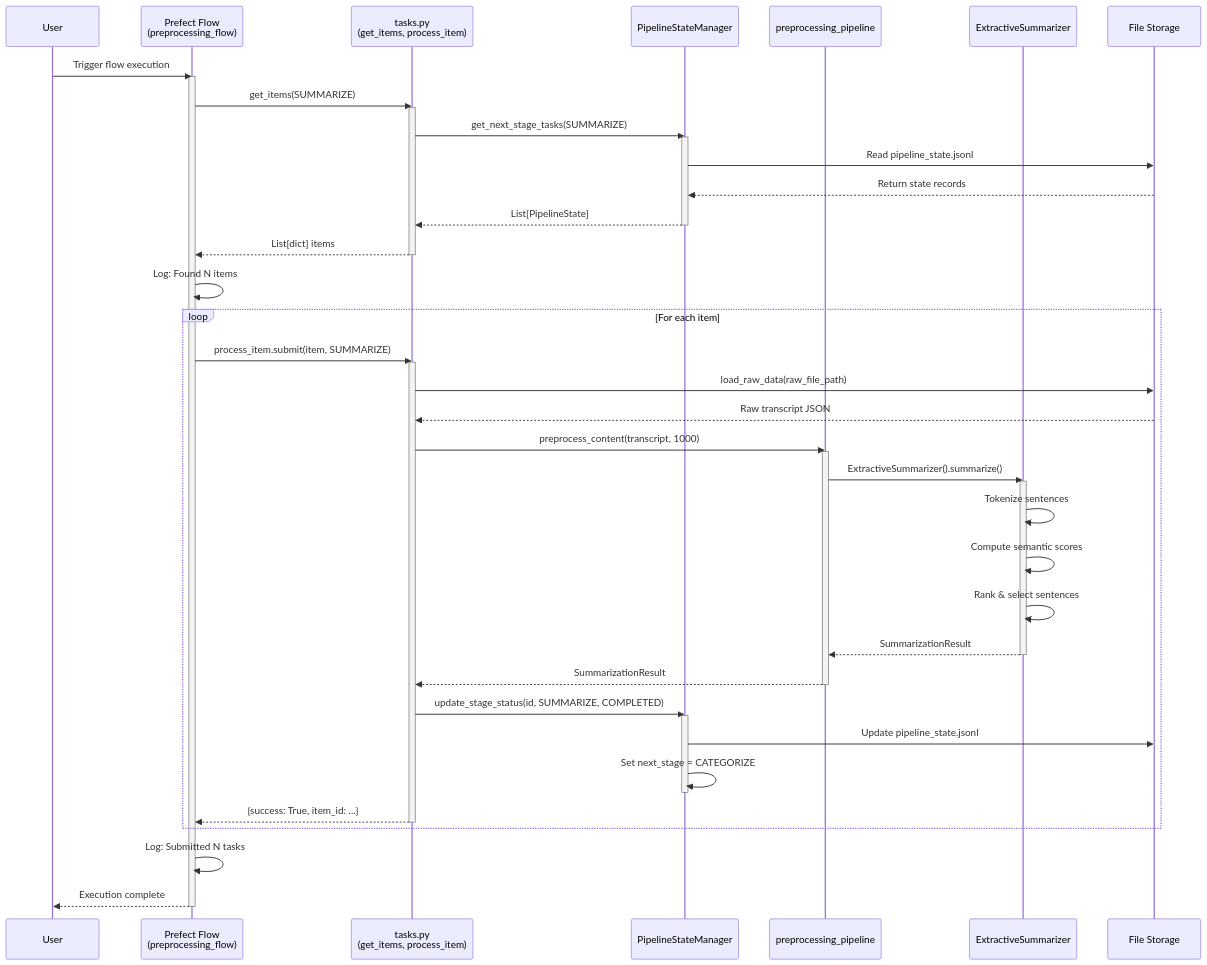
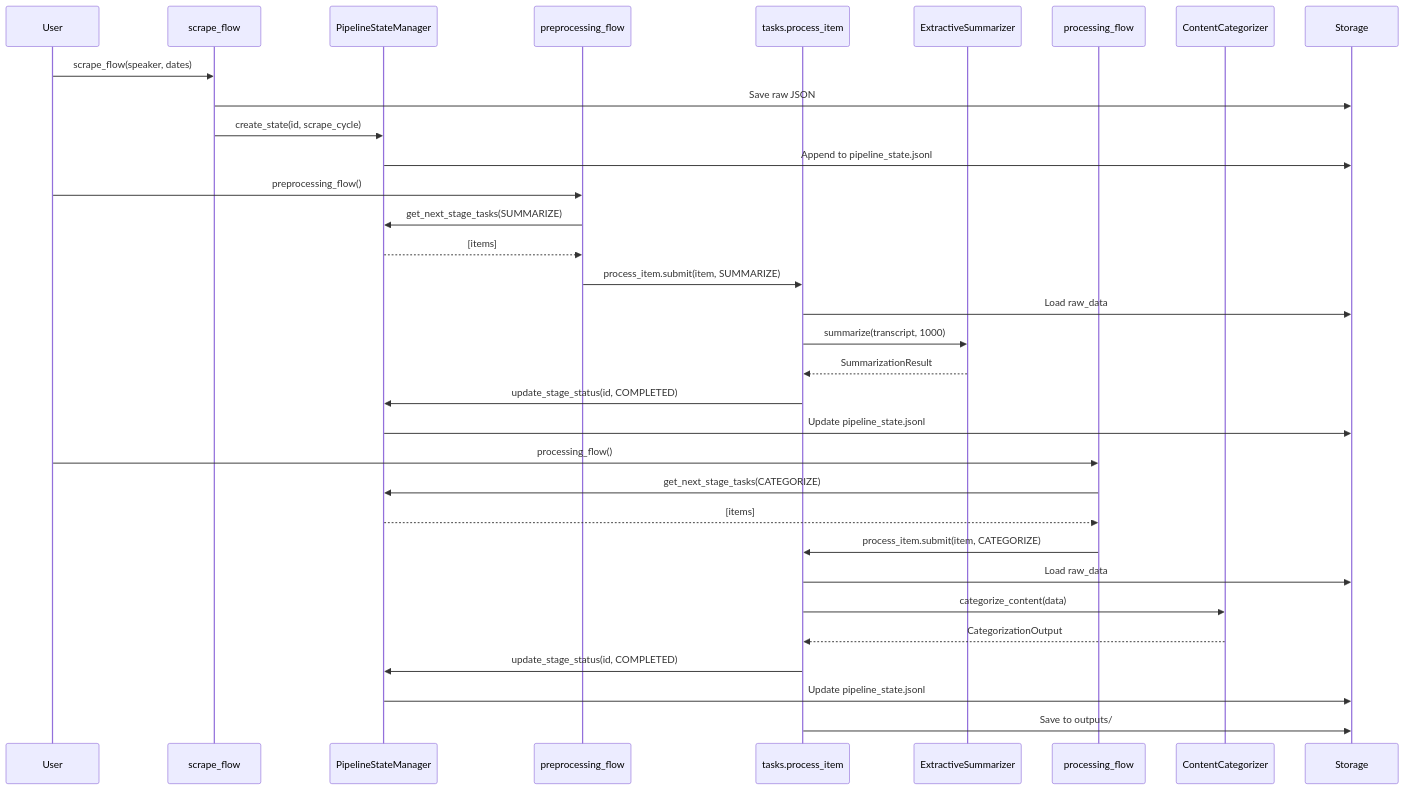
The fourth of 4 diagrams in documentation/architecture.md (dmitriyratu/DiscourseKG), drawn with Mermaid before and after one commit. The commit also changed other lines of this file and 1 other file, not shown here.

First line of the commit message:
refactor: streamline architecture documentation rules and remove outdated sections

````diff
--- a/documentation/architecture.md
+++ b/documentation/architecture.md
@@ -245,59 +193,38 @@
 ```mermaid
 sequenceDiagram
     participant User
-    participant Flow as Prefect Flow<br/>(preprocessing_flow)
-    participant Tasks as tasks.py<br/>(get_items, process_item)
+    participant SF as scrape_flow
     participant PSM as PipelineStateManager
-    participant Pipeline as preprocessing_pipeline
-    participant Component as ExtractiveSummarizer
-    participant Storage as File Storage
+    participant PF as preprocessing_flow
+    participant T as tasks.process_item
+    participant ES as ExtractiveSummarizer
+    participant CF as processing_flow
+    participant CC as ContentCategorizer
+    participant Storage
     
-    User->>Flow: Trigger flow execution
-    activate Flow
+    User->>SF: scrape_flow(speaker, dates)
+    SF->>Storage: Save raw JSON
+    SF->>PSM: create_state(id, scrape_cycle)
+    PSM->>Storage: Append to pipeline_state.jsonl
     
-    Flow->>Tasks: get_items(SUMMARIZE)
-    activate Tasks
-    Tasks->>PSM: get_next_stage_tasks(SUMMARIZE)
-    activate PSM
-    PSM->>Storage: Read pipeline_state.jsonl
-    Storage-->>PSM: Return state records
-    PSM-->>Tasks: List[PipelineState]
-    deactivate PSM
-    Tasks-->>Flow: List[dict] items
-    deactivate Tasks
+    User->>PF: preprocessing_flow()
+    PF->>PSM: get_next_stage_tasks(SUMMARIZE)
+    PSM-->>PF: [items]
+    PF->>T: process_item.submit(item, SUMMARIZE)
+    T->>Storage: Load raw_data
+    T->>ES: summarize(transcript, 1000)
+    ES-->>T: SummarizationResult
+    T->>PSM: update_stage_status(id, COMPLETED)
+    PSM->>Storage: Update pipeline_state.jsonl
     
-    Flow->>Flow: Log: Found N items
-    
-    loop For each item
-        Flow->>Tasks: process_item.submit(item, SUMMARIZE)
-        activate Tasks
-        
-        Tasks->>Storage: load_raw_data(raw_file_path)
-        Storage-->>Tasks: Raw transcript JSON
-        
-        Tasks->>Pipeline: preprocess_content(transcript, 1000)
-        activate Pipeline
-        Pipeline->>Component: ExtractiveSummarizer().summarize()
-        activate Component
-        Component->>Component: Tokenize sentences
-        Component->>Component: Compute semantic scores
-        Component->>Component: Rank & select sentences
-        Component-->>Pipeline: SummarizationResult
-        deactivate Component
-        Pipeline-->>Tasks: SummarizationResult
-        deactivate Pipeline
-        
-        Tasks->>PSM: update_stage_status(id, SUMMARIZE, COMPLETED)
-        activate PSM
-        PSM->>Storage: Update pipeline_state.jsonl
-        PSM->>PSM: Set next_stage = CATEGORIZE
-        deactivate PSM
-        
-        Tasks-->>Flow: {success: True, item_id: ...}
-        deactivate Tasks
-    end
-    
-    Flow->>Flow: Log: Submitted N tasks
-    Flow-->>User: Execution complete
-    deactivate Flow
+    User->>CF: processing_flow()
+    CF->>PSM: get_next_stage_tasks(CATEGORIZE)
+    PSM-->>CF: [items]
+    CF->>T: process_item.submit(item, CATEGORIZE)
+    T->>Storage: Load raw_data
+    T->>CC: categorize_content(data)
+    CC-->>T: CategorizationOutput
+    T->>PSM: update_stage_status(id, COMPLETED)
+    PSM->>Storage: Update pipeline_state.jsonl
+    T->>Storage: Save to outputs/
 ```
````
